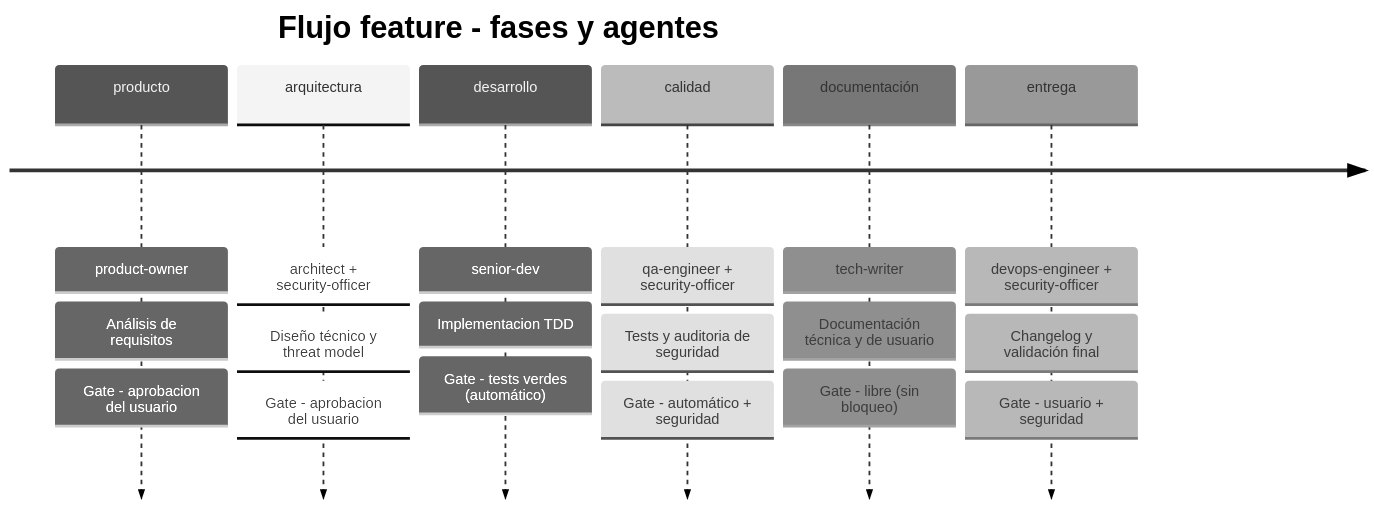
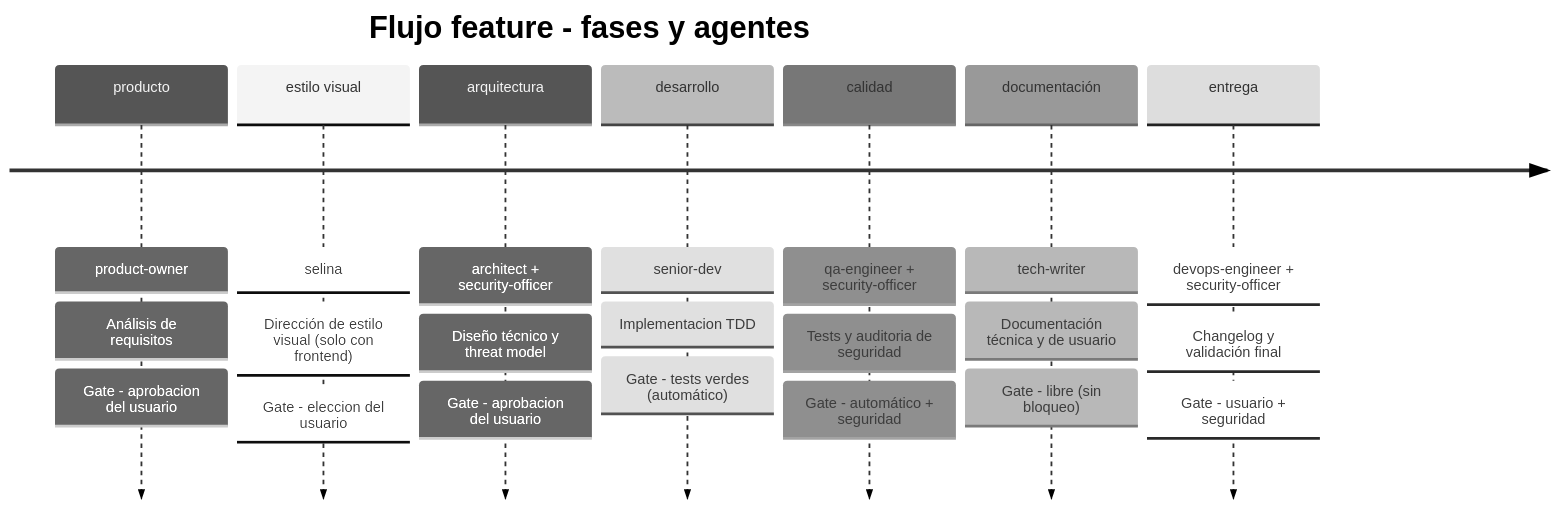
The diagram in docs/agents/README.md (686f6c61/alfred-dev), drawn with Mermaid (neutral theme) before and after one commit. The commit also changed other lines of this file and 165 other files, not shown here.

````diff
--- a/docs/agents/README.md
+++ b/docs/agents/README.md
@@ -19,28 +27,32 @@
 ```mermaid
 timeline
     title Flujo feature - fases y agentes
     producto
         : product-owner
         : Análisis de requisitos
         : Gate - aprobacion del usuario
+    estilo visual
+        : selina
+        : Dirección de estilo visual (solo con frontend)
+        : Gate - eleccion del usuario
     arquitectura
         : architect + security-officer
         : Diseño técnico y threat model
         : Gate - aprobacion del usuario
     desarrollo
         : senior-dev
         : Implementacion TDD
         : Gate - tests verdes (automático)
     calidad
         : qa-engineer + security-officer
         : Tests y auditoria de seguridad
         : Gate - automático + seguridad
     documentación
         : tech-writer
         : Documentación técnica y de usuario
         : Gate - libre (sin bloqueo)
     entrega
         : devops-engineer + security-officer
         : Changelog y validación final
         : Gate - usuario + seguridad
 ```
````
